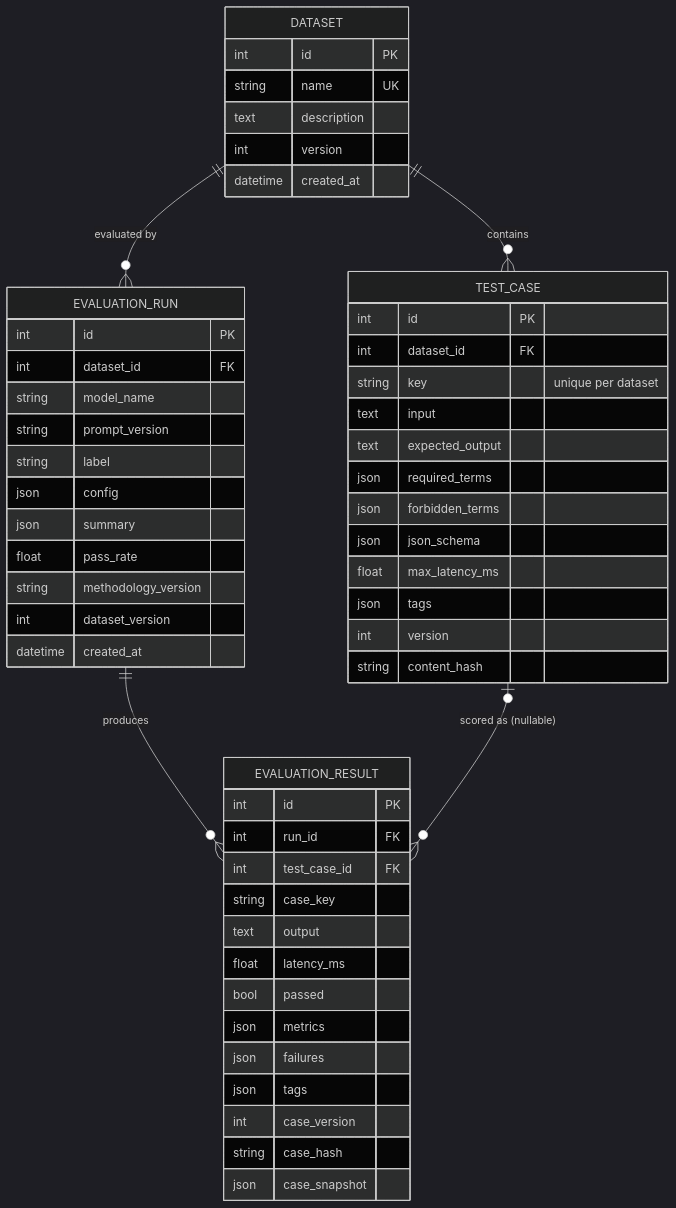
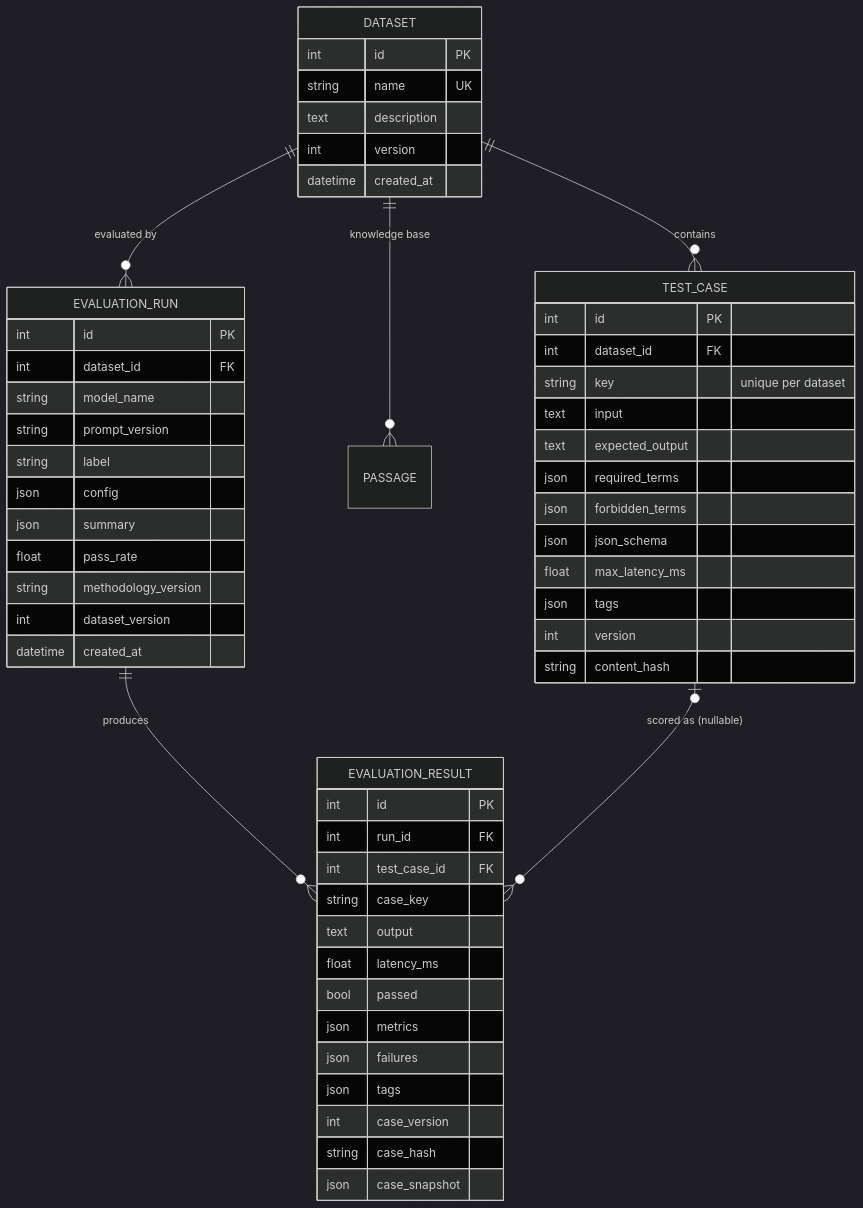
One commit to rkampa07/evalops-ai changed the fourth of 5 diagrams in docs/architecture.md. Above: the diagram before and after it, drawn with Mermaid (dark theme). The commit also changed other lines of this file and 62 other files, not shown here.

````diff
--- a/docs/architecture.md
+++ b/docs/architecture.md
@@ -52,12 +70,13 @@
 ```mermaid
 erDiagram
     DATASET ||--o{ TEST_CASE : contains
+    DATASET ||--o{ PASSAGE : "knowledge base"
     DATASET ||--o{ EVALUATION_RUN : "evaluated by"
     EVALUATION_RUN ||--o{ EVALUATION_RESULT : produces
     TEST_CASE |o--o{ EVALUATION_RESULT : "scored as (nullable)"
 
     DATASET { int id PK  string name UK  text description  int version  datetime created_at }
     TEST_CASE { int id PK  int dataset_id FK  string key "unique per dataset"  text input  text expected_output  json required_terms  json forbidden_terms  json json_schema  float max_latency_ms  json tags  int version  string content_hash }
     EVALUATION_RUN { int id PK  int dataset_id FK  string model_name  string prompt_version  string label  json config  json summary  float pass_rate  string methodology_version  int dataset_version  datetime created_at }
     EVALUATION_RESULT { int id PK  int run_id FK  int test_case_id FK  string case_key  text output  float latency_ms  bool passed  json metrics  json failures  json tags  int case_version  string case_hash  json case_snapshot }
 ```
````
